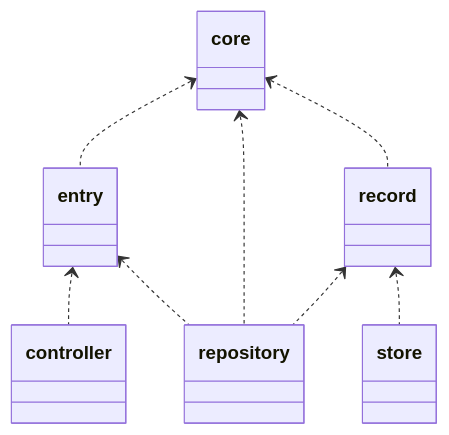
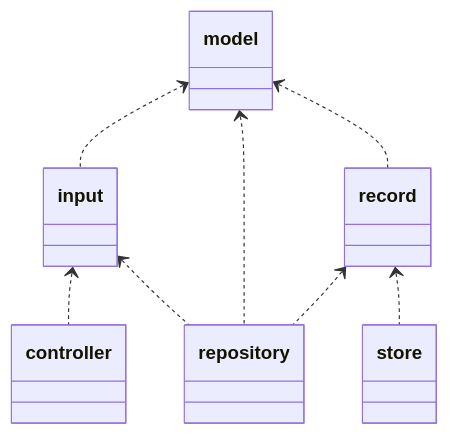
One commit to motojouya/ddd_go changed the first of 2 diagrams in docs/guideline/package.md. Above: the diagram before and after it, drawn with Mermaid. The commit also changed other lines of this file and 11 other files, not shown here.

````diff
--- a/docs/guideline/package.md
+++ b/docs/guideline/package.md
@@ -81,19 +81,19 @@
 ```mermaid
 classDiagram
-  class entry
-  class core
-  core <.. entry
+  class input
+  class model
+  model <.. input
   class record
-  core <.. record
+  model <.. record
 
   class controller
-  entry <.. controller
+  input <.. controller
 
   class repository
-  entry <.. repository
-  core <.. repository
+  input <.. repository
+  model <.. repository
   record <.. repository
 
   class store
   record <.. store
 ```
````
